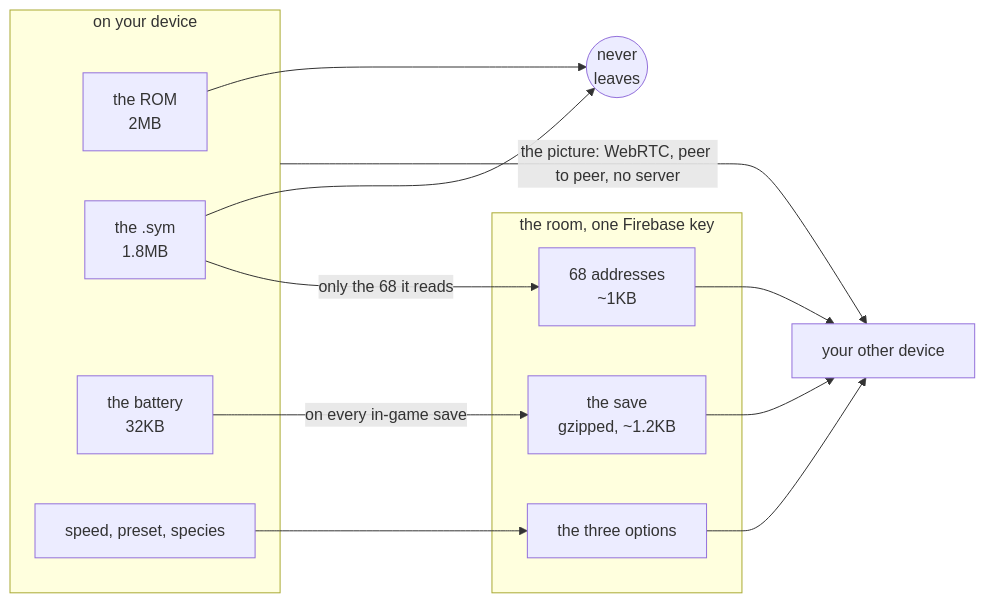
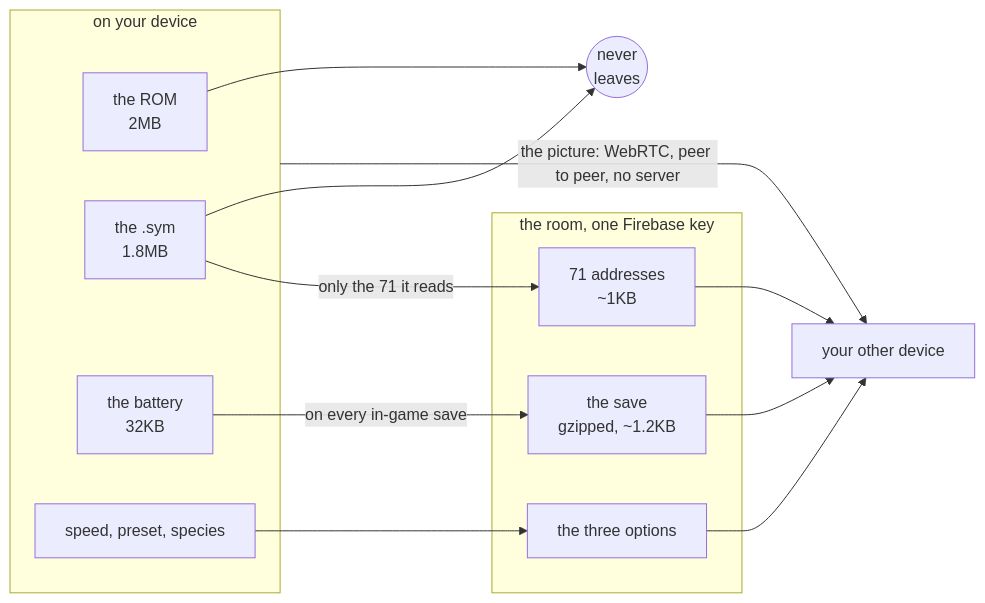
Before and after one commit to minormending/crystal-pilot-mobile: the second of 2 diagrams in docs/DEVICES.md, drawn with Mermaid. The commit also changed other lines of this file and 10 other files, not shown here.

````diff
--- a/docs/DEVICES.md
+++ b/docs/DEVICES.md
@@ -327,25 +327,25 @@
 ```mermaid
 flowchart LR
     subgraph D["on your device"]
         ROM["the ROM<br/>2MB"]
         SYM["the .sym<br/>1.8MB"]
         SAVE["the battery<br/>32KB"]
         OPT["speed, preset, species"]
     end
     STOP(("never<br/>leaves"))
     subgraph R["the room, one Firebase key"]
-        A["68 addresses<br/>~1KB"]
+        A["71 addresses<br/>~1KB"]
         S["the save<br/>gzipped, ~1.2KB"]
         O["the three options"]
     end
     OTHER["your other device"]
     ROM --> STOP
     SYM --> STOP
-    SYM -->|"only the 68 it reads"| A
+    SYM -->|"only the 71 it reads"| A
     SAVE -->|"on every in-game save"| S
     OPT --> O
     A --> OTHER
     S --> OTHER
     O --> OTHER
     D -->|"the picture: WebRTC, peer to peer, no server"| OTHER
 ```
````
